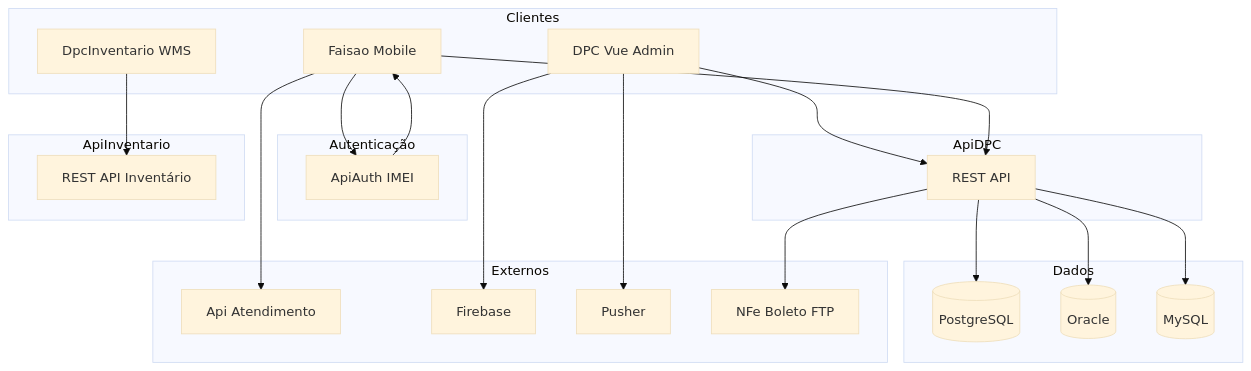
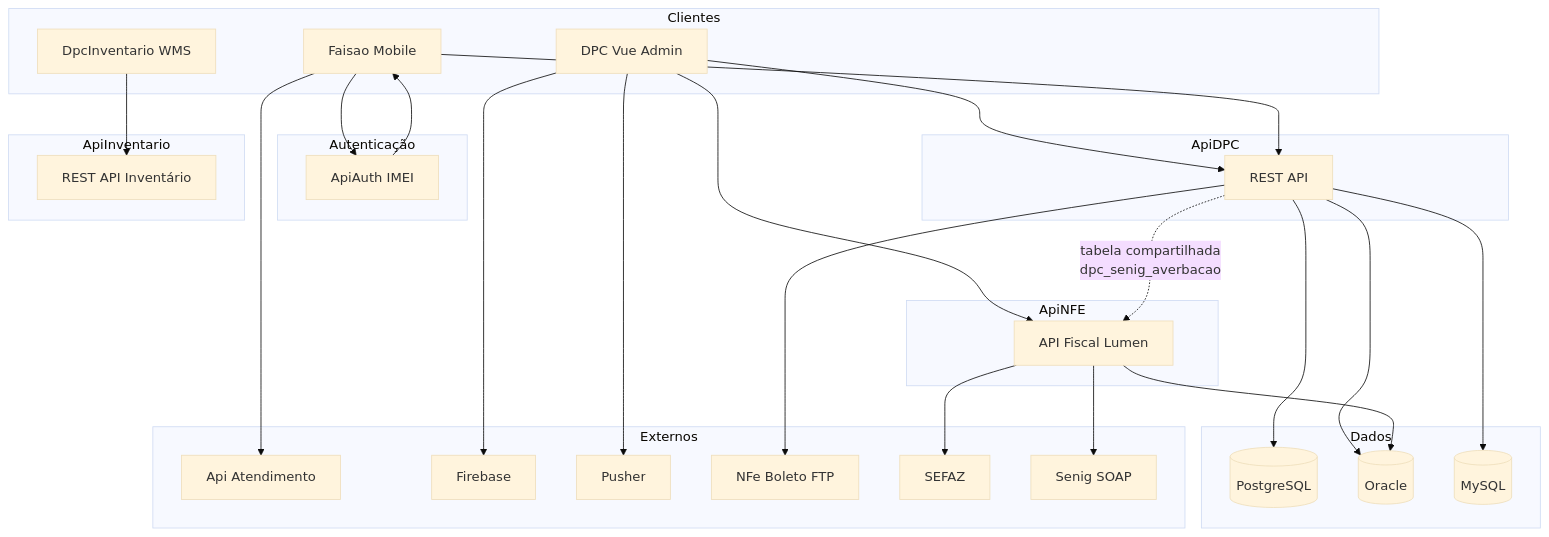
The diagram in docs/arquitetura/visao-geral-ecossistema-dpc.md (jbmchd/dpc-claude-folder), drawn with Mermaid (base theme) before and after one commit. The commit also changed other lines of this file and 6 other files, not shown here.

````diff
--- a/docs/arquitetura/visao-geral-ecossistema-dpc.md
+++ b/docs/arquitetura/visao-geral-ecossistema-dpc.md
@@ -20,40 +21,50 @@
 ```mermaid
 flowchart TB
     subgraph clients [Clientes]
         DPC[DPC Vue Admin]
         Faisao[Faisao Mobile]
         Inventario[DpcInventario WMS]
     end
     subgraph auth [Autenticação]
         ApiAuth[ApiAuth IMEI]
     end
     subgraph core [ApiDPC]
         API[REST API]
     end
     subgraph inv [ApiInventario]
         ApiInv[REST API Inventário]
     end
+    subgraph nfe [ApiNFE]
+        ApiNFE[API Fiscal Lumen]
+    end
     subgraph data [Dados]
         PG[(PostgreSQL)]
         ORA[(Oracle)]
         MYSQL[(MySQL)]
     end
     subgraph external [Externos]
         ApiAtend[Api Atendimento]
         Firebase[Firebase]
         Pusher[Pusher]
         NFe[NFe Boleto FTP]
+        SEFAZ[SEFAZ]
+        Senig[Senig SOAP]
     end
     DPC --> API
     Faisao --> ApiAuth
     ApiAuth --> Faisao
     Faisao --> API
     Faisao --> ApiAtend
     DPC --> Firebase
     DPC --> Pusher
     API --> PG
     API --> ORA
     API --> MYSQL
     API --> NFe
     Inventario --> ApiInv
+    DPC --> ApiNFE
+    ApiNFE --> SEFAZ
+    ApiNFE --> Senig
+    ApiNFE --> ORA
+    API -. tabela compartilhada<br/>dpc_senig_averbacao .-> ApiNFE
 ```
````
